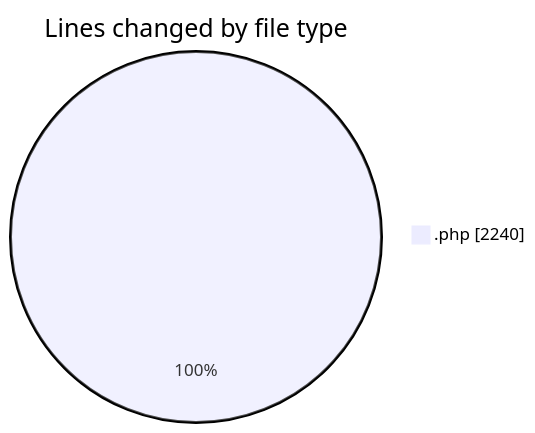
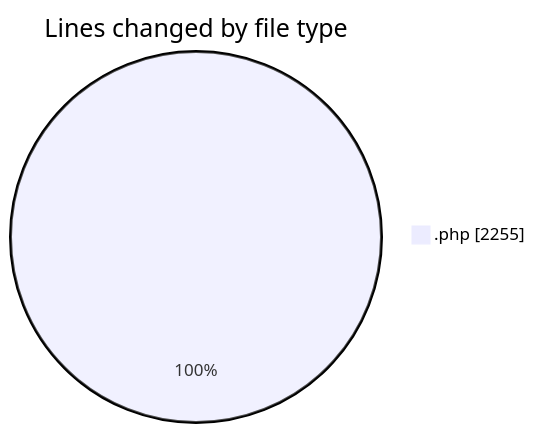
One commit to debugP/code-tracking changed the first of 2 diagrams in 2025-10-22/untitled__workspace_/README.md. Above: the diagram before and after it, drawn with Mermaid. The commit also changed other lines of this file and 1 other file, not shown here.

````diff
--- a/2025-10-22/untitled__workspace_/README.md
+++ b/2025-10-22/untitled__workspace_/README.md
@@ -20,5 +20,5 @@
 ```mermaid
 pie showData
 title Lines changed by file type
-".php" : 2240
+".php" : 2255
 ```
````
